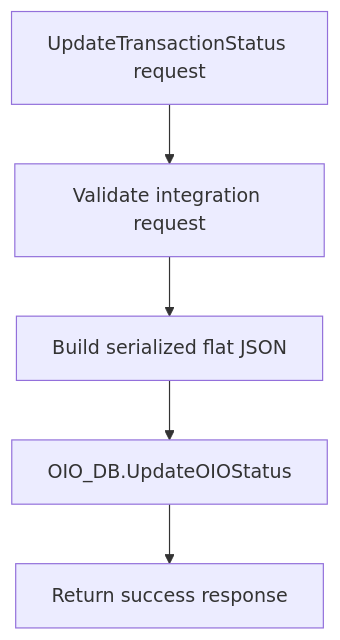
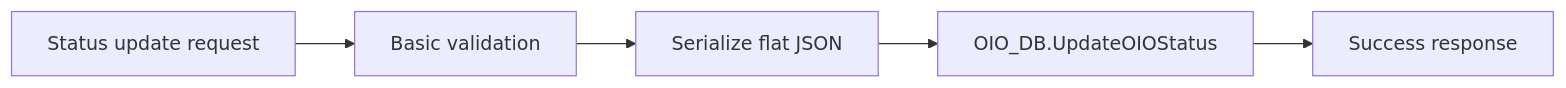
Before and after one commit to lucianosilva/oracle-integration-observability: the second of 3 diagrams in oic/implementation-pattern.md, drawn with Mermaid. The commit also changed other lines of this file and 5 other files, not shown here.

````diff
--- a/oic/implementation-pattern.md
+++ b/oic/implementation-pattern.md
@@ -77,7 +70,7 @@
 ```mermaid
-flowchart TD
-    A[UpdateTransactionStatus request] --> B[Validate integration request]
-    B --> C[Build serialized flat JSON]
+flowchart LR
+    A[Status update request] --> B[Basic validation]
+    B --> C[Serialize flat JSON]
     C --> D[OIO_DB.UpdateOIOStatus]
-    D --> E[Return success response]
+    D --> E[Success response]
 ```
````
